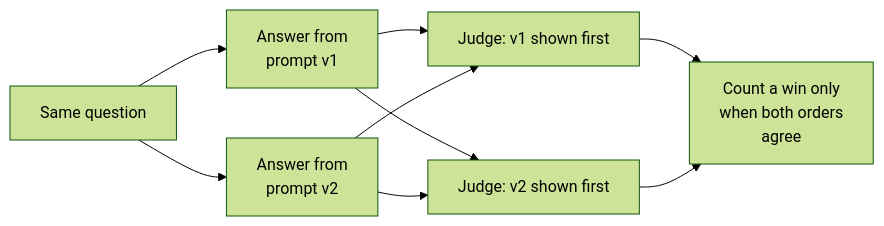
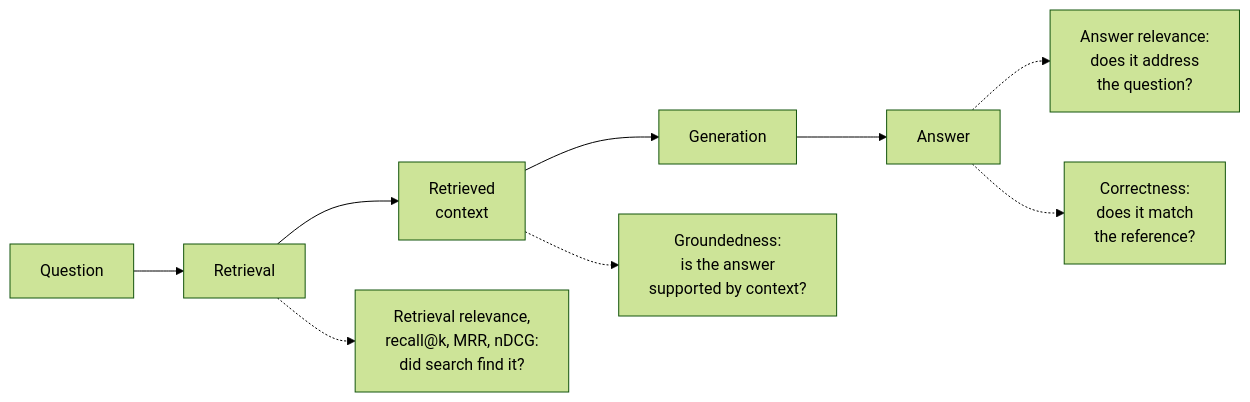
Before and after one commit to shubamchaudhary/CodeNITW: the sixth of 7 diagrams in src/Data/aiStackDocs/CH-08.md, drawn with Mermaid (forest theme). The commit also changed other lines of this file and 5 other files, not shown here.

First line of the commit message:
AI Stack: evals section rewritten concept-first, with a mind map

````diff
--- a/src/Data/aiStackDocs/CH-08.md
+++ b/src/Data/aiStackDocs/CH-08.md
@@ -160,11 +219,11 @@
 ```mermaid
 flowchart LR
-    Q["Same question"] --> A["Answer from<br/>prompt v1"]
-    Q --> B["Answer from<br/>prompt v2"]
-    A --> J1["Judge: v1 shown first"]
-    B --> J1
-    A --> J2["Judge: v2 shown first"]
-    B --> J2
-    J1 --> W["Count a win only<br/>when both orders<br/>agree"]
-    J2 --> W
+    Q["Question"] --> RET["Retrieval"]
+    RET --> CTX["Retrieved<br/>context"]
+    CTX --> GEN["Generation"]
+    GEN --> A["Answer"]
+    RET -.-> M1["Retrieval relevance,<br/>recall@k, MRR, nDCG:<br/>did search find it?"]
+    CTX -.-> M2["Groundedness:<br/>is the answer<br/>supported by context?"]
+    A -.-> M3["Answer relevance:<br/>does it address<br/>the question?"]
+    A -.-> M4["Correctness:<br/>does it match<br/>the reference?"]
 ```
````
